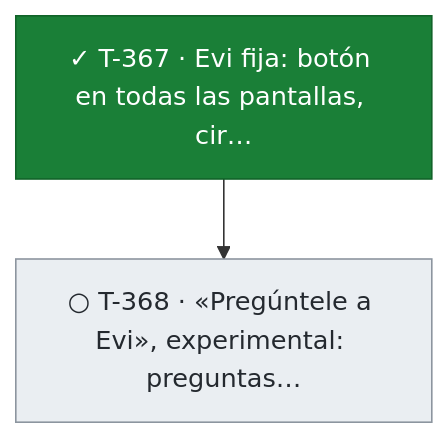
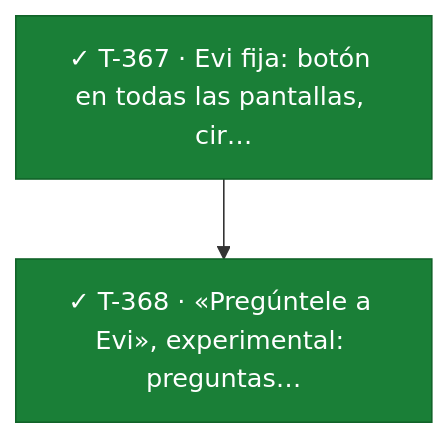
One commit to snavello/EVALUON changed diagram 29 of 29 in docs/tablero.md. Above: the diagram before and after it, drawn with Mermaid. The commit also changed other lines of this file and 1 other file, not shown here.

Commit message:
gestión: T-368 terminada (Pregúntele a Evi, experimental); tablero

````diff
--- a/docs/tablero.md
+++ b/docs/tablero.md
@@ -2095,11 +2095,11 @@
 ```mermaid
 flowchart TD
   T367["✓ T-367 · Evi fija: botón en todas las pantallas, cir…"]:::done
-  T368["○ T-368 · «Pregúntele a Evi», experimental: preguntas…"]:::todo
+  T368["✓ T-368 · «Pregúntele a Evi», experimental: preguntas…"]:::done
   T367 --> T368
   classDef done fill:#1a7f37,stroke:#116329,color:#ffffff
   classDef review fill:#0969da,stroke:#0550ae,color:#ffffff
   classDef active fill:#bf8700,stroke:#7d4e00,color:#ffffff
   classDef blocked fill:#cf222e,stroke:#a40e26,color:#ffffff
   classDef todo fill:#eaeef2,stroke:#8c959f,color:#24292f
 ```
````
